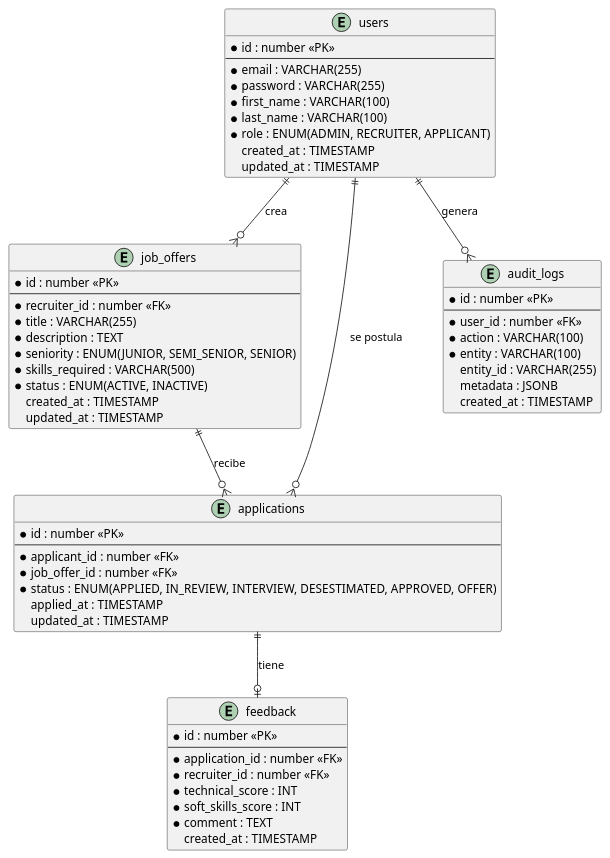
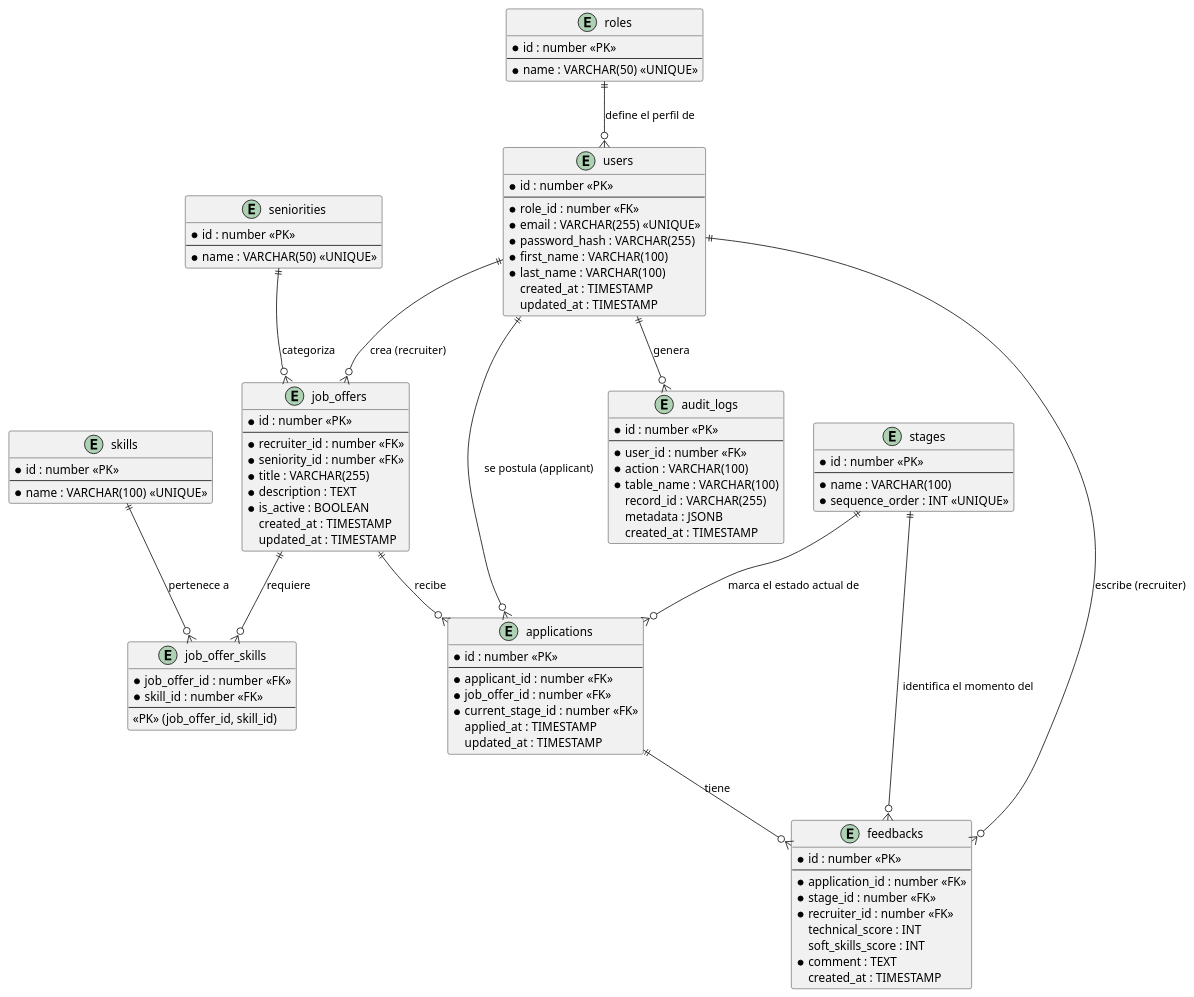
One commit to LauEroles/NextStep changed the diagram in documentacion/der.puml. Above: the diagram before and after it, drawn with PlantUML.

Commit message:
refactor DER (add tables, normalization)

```diff
--- a/documentacion/der.puml
+++ b/documentacion/der.puml
@@ -1,66 +1,114 @@
 @startuml NextStep DER
 
 entity "users" as users {
   * id : number <<PK>>
   --
-  * email : VARCHAR(255)
-  * password : VARCHAR(255)
+  * role_id : number <<FK>>
+  * email : VARCHAR(255) <<UNIQUE>>
+  * password_hash : VARCHAR(255)
   * first_name : VARCHAR(100)
   * last_name : VARCHAR(100)
-  * role : ENUM(ADMIN, RECRUITER, APPLICANT)
   created_at : TIMESTAMP
   updated_at : TIMESTAMP
+}
+
+entity "roles" as roles {
+  * id : number <<PK>>
+  --
+  * name : VARCHAR(50) <<UNIQUE>>
+}
+
+entity "skills" as skills {
+  * id : number <<PK>>
+  --
+  * name : VARCHAR(100) <<UNIQUE>>
+}
+
+entity "seniorities" as seniorities {
+  * id : number <<PK>>
+  --
+  * name : VARCHAR(50) <<UNIQUE>>
 }
 
 entity "job_offers" as job_offers {
   * id : number <<PK>>
   --
   * recruiter_id : number <<FK>>
+  * seniority_id : number <<FK>>
   * title : VARCHAR(255)
   * description : TEXT
-  * seniority : ENUM(JUNIOR, SEMI_SENIOR, SENIOR)
-  * skills_required : VARCHAR(500)
-  * status : ENUM(ACTIVE, INACTIVE)
+  * is_active : BOOLEAN
   created_at : TIMESTAMP
   updated_at : TIMESTAMP
+}
+
+entity "job_offer_skills" as job_offer_skills {
+  * job_offer_id : number <<FK>>
+  * skill_id : number <<FK>>
+  --
+  <<PK>> (job_offer_id, skill_id)
+}
+
+entity "stages" as stages {
+  * id : number <<PK>>
+  --
+  * name : VARCHAR(100)
+  * sequence_order : INT <<UNIQUE>> 
 }
 
 entity "applications" as applications {
   * id : number <<PK>>
   --
   * applicant_id : number <<FK>>
   * job_offer_id : number <<FK>>
-  * status : ENUM(APPLIED, IN_REVIEW, INTERVIEW, DESESTIMATED, APPROVED, OFFER)
+  * current_stage_id : number <<FK>>
   applied_at : TIMESTAMP
   updated_at : TIMESTAMP
 }
 
-entity "feedback" as feedback {
+entity "feedbacks" as feedbacks {
   * id : number <<PK>>
   --
   * application_id : number <<FK>>
+  * stage_id : number <<FK>>
   * recruiter_id : number <<FK>>
-  * technical_score : INT
-  * soft_skills_score : INT
+  technical_score : INT
+  soft_skills_score : INT
   * comment : TEXT
   created_at : TIMESTAMP
 }
 
 entity "audit_logs" as audit_logs {
   * id : number <<PK>>
   --
   * user_id : number <<FK>>
   * action : VARCHAR(100)
-  * entity : VARCHAR(100)
-  entity_id : VARCHAR(255)
+  * table_name : VARCHAR(100)
+  record_id : VARCHAR(255)
   metadata : JSONB
   created_at : TIMESTAMP
 }
 
-users          ||--o{ job_offers   : "crea"
-users          ||--o{ applications : "se postula"
-job_offers     ||--o{ applications : "recibe"
-applications   ||--o| feedback     : "tiene"
-users          ||--o{ audit_logs   : "genera"
+' Relación de Usuarios y Roles (1 a Muchos)
+roles ||--o{ users : "define el perfil de"
+
+' Relaciones de Ofertas y Skills/Seniority
+users ||--o{ job_offers : "crea (recruiter)"
+seniorities ||--o{ job_offers : "categoriza"
+job_offers ||--o{ job_offer_skills : "requiere"
+skills ||--o{ job_offer_skills : "pertenece a"
+
+' Relaciones de Postulaciones y Etapas
+users ||--o{ applications : "se postula (applicant)"
+job_offers ||--o{ applications : "recibe"
+stages ||--o{ applications : "marca el estado actual de"
+
+' Relaciones de Feedback
+applications ||--o{ feedbacks : "tiene"
+stages ||--o{ feedbacks : "identifica el momento del"
+users ||--o{ feedbacks : "escribe (recruiter)"
+
+' Relaciones de Auditoría
+users ||--o{ audit_logs : "genera"
 
 @enduml
```
